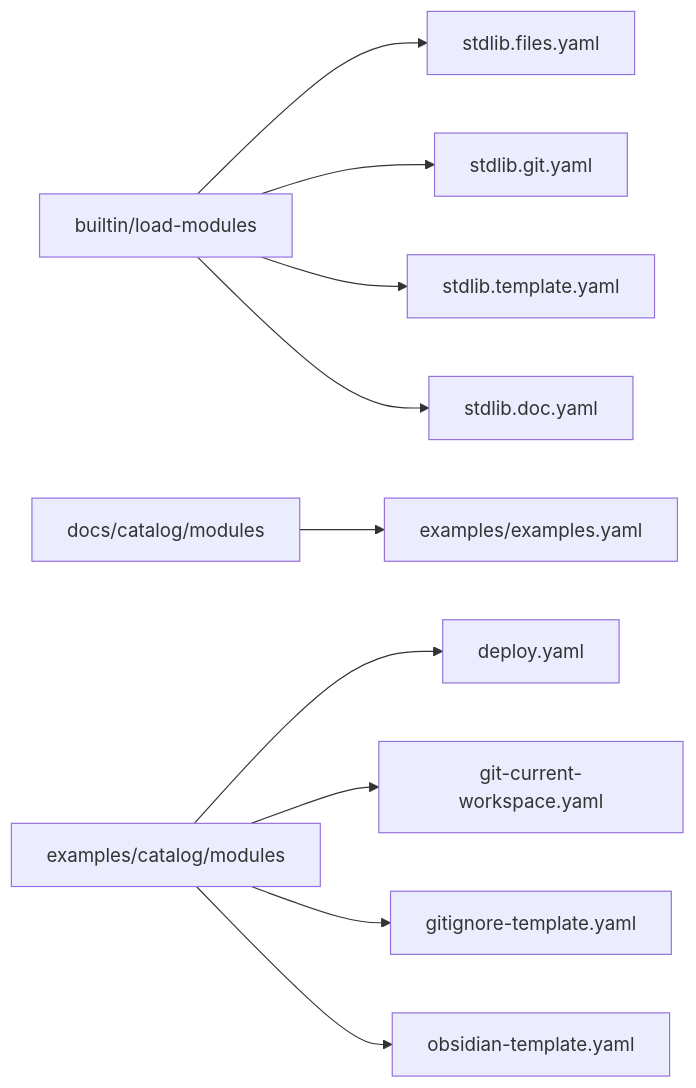
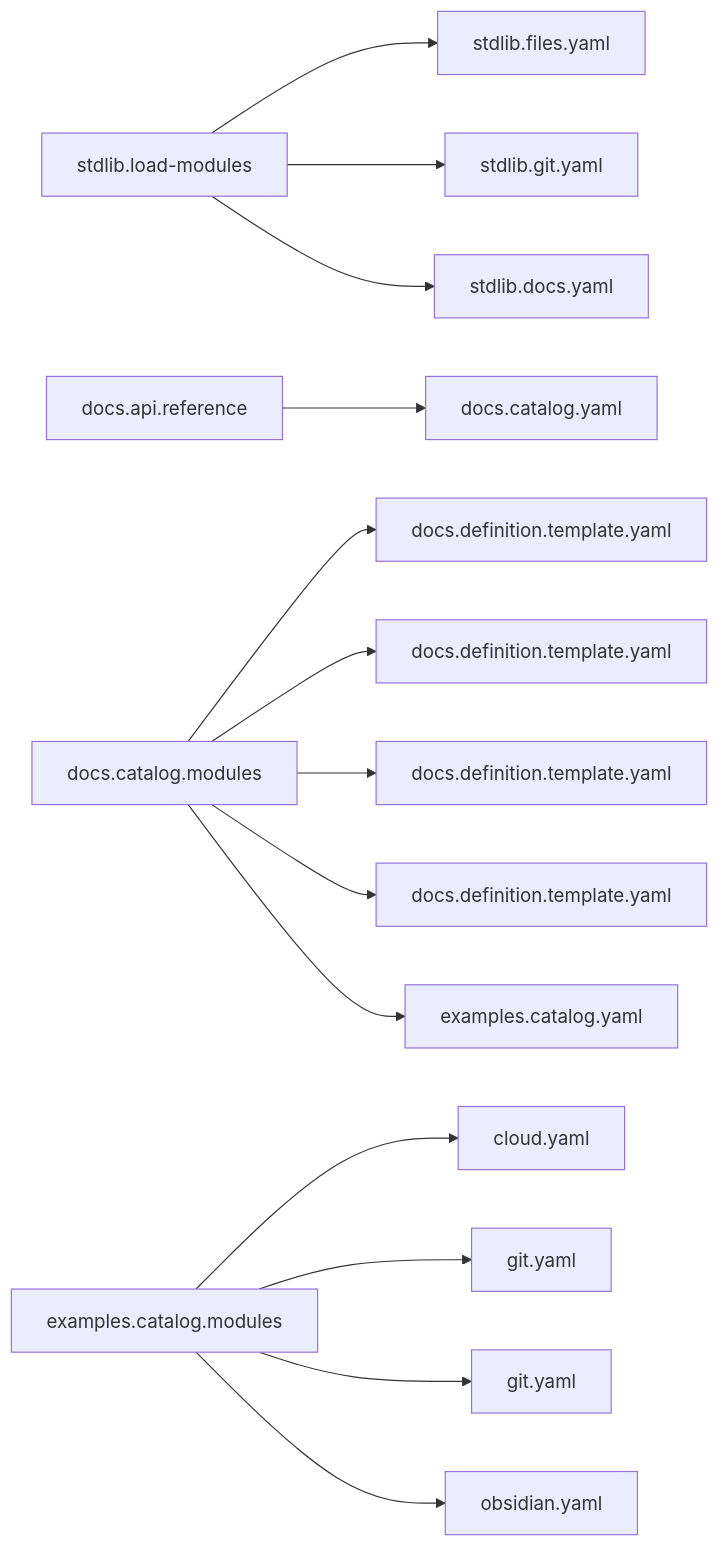
Before and after one commit to kieferwaight/LocalFabric: the second of 2 diagrams in 20_workspaces/06_workflows/yaml/docs/README.md, drawn with Mermaid. The commit also changed other lines of this file and 123 other files, not shown here.

````diff
--- a/20_workspaces/06_workflows/yaml/docs/README.md
+++ b/20_workspaces/06_workflows/yaml/docs/README.md
@@ -223,12 +238,16 @@
 ```mermaid
 flowchart LR
-def_builtin_load_modules["builtin/load-modules"] --> def_builtin_load_modules_module_1["stdlib.files.yaml"]
-def_builtin_load_modules["builtin/load-modules"] --> def_builtin_load_modules_module_2["stdlib.git.yaml"]
-def_builtin_load_modules["builtin/load-modules"] --> def_builtin_load_modules_module_3["stdlib.template.yaml"]
-def_builtin_load_modules["builtin/load-modules"] --> def_builtin_load_modules_module_4["stdlib.doc.yaml"]
-def_docs_catalog_modules["docs/catalog/modules"] --> def_docs_catalog_modules_module_1["examples/examples.yaml"]
-def_examples_catalog_modules["examples/catalog/modules"] --> def_examples_catalog_modules_module_1["deploy.yaml"]
-def_examples_catalog_modules["examples/catalog/modules"] --> def_examples_catalog_modules_module_2["git-current-workspace.yaml"]
-def_examples_catalog_modules["examples/catalog/modules"] --> def_examples_catalog_modules_module_3["gitignore-template.yaml"]
-def_examples_catalog_modules["examples/catalog/modules"] --> def_examples_catalog_modules_module_4["obsidian-template.yaml"]
+def_stdlib_load_modules["stdlib.load-modules"] --> def_stdlib_load_modules_module_1["stdlib.files.yaml"]
+def_stdlib_load_modules["stdlib.load-modules"] --> def_stdlib_load_modules_module_2["stdlib.git.yaml"]
+def_stdlib_load_modules["stdlib.load-modules"] --> def_stdlib_load_modules_module_3["stdlib.docs.yaml"]
+def_docs_api_reference["docs.api.reference"] --> def_docs_api_reference_module_1["docs.catalog.yaml"]
+def_docs_catalog_modules["docs.catalog.modules"] --> def_docs_catalog_modules_module_1["docs.definition.template.yaml"]
+def_docs_catalog_modules["docs.catalog.modules"] --> def_docs_catalog_modules_module_2["docs.definition.template.yaml"]
+def_docs_catalog_modules["docs.catalog.modules"] --> def_docs_catalog_modules_module_3["docs.definition.template.yaml"]
+def_docs_catalog_modules["docs.catalog.modules"] --> def_docs_catalog_modules_module_4["docs.definition.template.yaml"]
+def_docs_catalog_modules["docs.catalog.modules"] --> def_docs_catalog_modules_module_5["examples.catalog.yaml"]
+def_examples_catalog_modules["examples.catalog.modules"] --> def_examples_catalog_modules_module_1["cloud.yaml"]
+def_examples_catalog_modules["examples.catalog.modules"] --> def_examples_catalog_modules_module_2["git.yaml"]
+def_examples_catalog_modules["examples.catalog.modules"] --> def_examples_catalog_modules_module_3["git.yaml"]
+def_examples_catalog_modules["examples.catalog.modules"] --> def_examples_catalog_modules_module_4["obsidian.yaml"]
 ```
````
